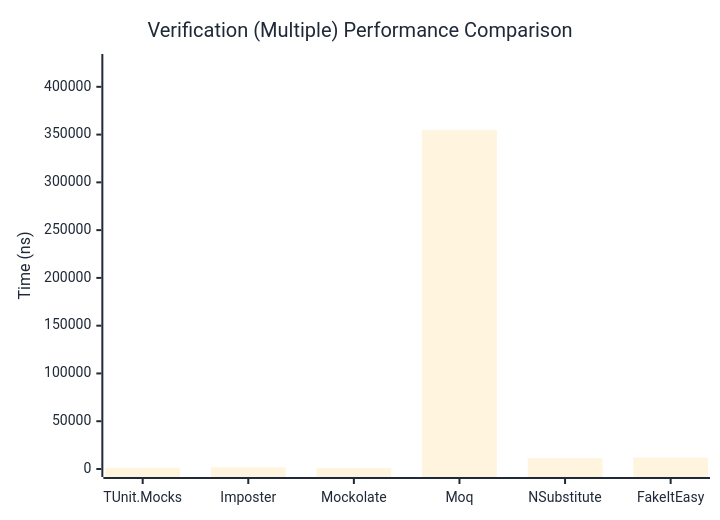
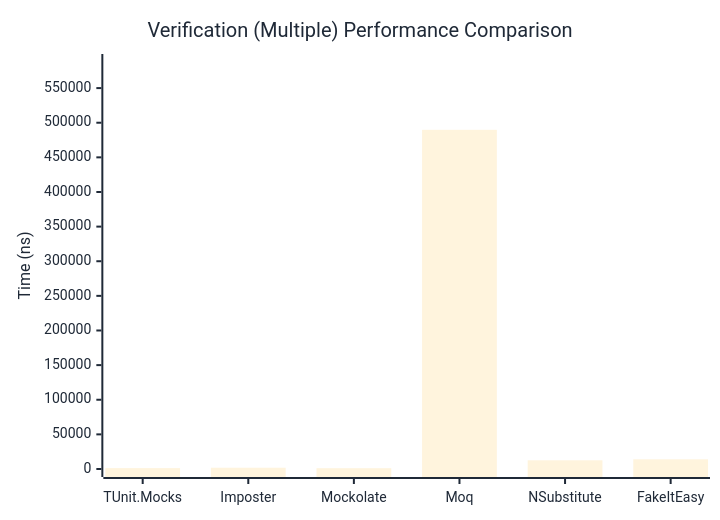
One commit to thomhurst/TUnit changed the third of 3 diagrams in docs/docs/benchmarks/mocks/Verification.md. Above: the diagram before and after it, drawn with Mermaid. The commit also changed other lines of this file and 14 other files, not shown here.

````diff
--- a/docs/docs/benchmarks/mocks/Verification.md
+++ b/docs/docs/benchmarks/mocks/Verification.md
@@ -112,27 +112,27 @@
 ```mermaid
 %%{init: {
   'theme':'base',
   'themeVariables': {
     'primaryColor': '#2563eb',
     'primaryTextColor': '#1f2937',
     'primaryBorderColor': '#1e40af',
     'lineColor': '#6b7280',
     'secondaryColor': '#7c3aed',
     'tertiaryColor': '#dc2626',
     'background': '#ffffff',
     'pie1': '#2563eb',
     'pie2': '#7c3aed',
     'pie3': '#dc2626',
     'pie4': '#f59e0b',
     'pie5': '#10b981',
     'pie6': '#06b6d4',
     'pie7': '#ec4899',
     'pie8': '#6366f1'
   }
 }}%%
 xychart-beta
   title "Verification (Multiple) Performance Comparison"
   x-axis ["TUnit.Mocks", "Imposter", "Mockolate", "Moq", "NSubstitute", "FakeItEasy"]
-  y-axis "Time (ns)" 0 --> 425962
-  bar [1276.2, 1758.57, 1118.68, 354967.63, 11380.16, 11893.15]
+  y-axis "Time (ns)" 0 --> 587683
+  bar [1315.71, 1848.88, 1157.64, 489735.48, 12552.98, 13990.18]
 ```
````
